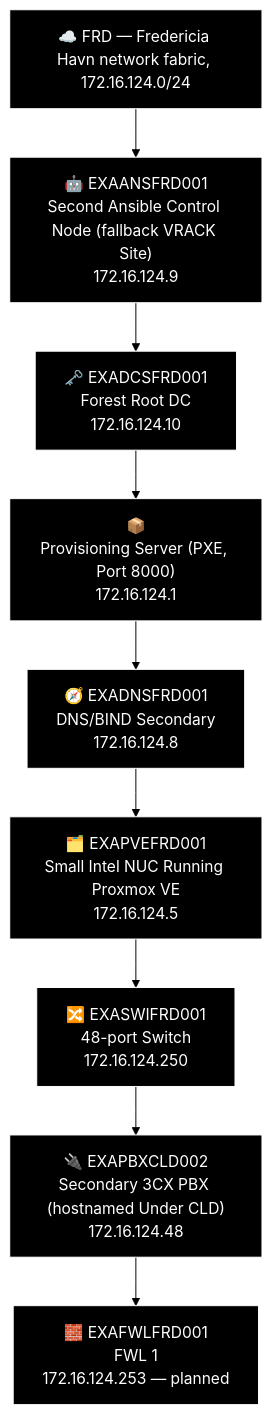
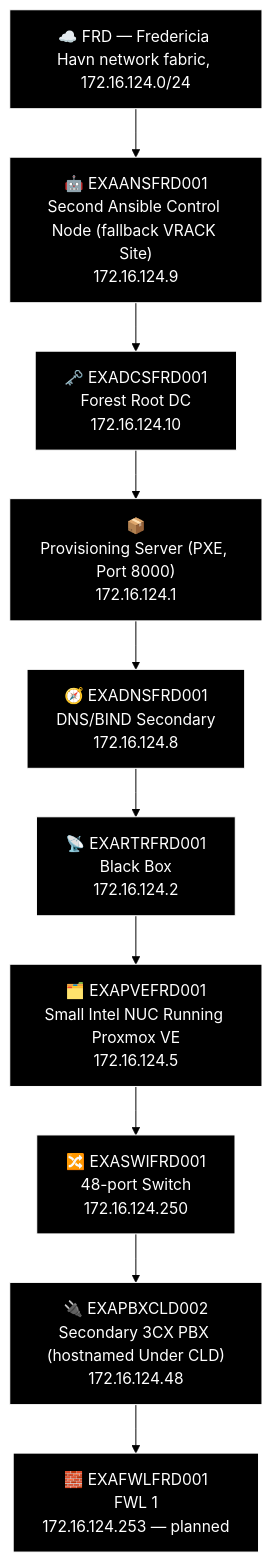
Before and after one commit to knightmare2600/example_music_infra: diagram 21 of 23 in docs/network-diagram/danmark.md, drawn with Mermaid (forest theme). The commit also changed 7 other files, not shown here.

````diff
--- a/docs/network-diagram/danmark.md
+++ b/docs/network-diagram/danmark.md
@@ -1010,25 +1010,27 @@
 ```mermaid
 %% GENERATED:TOPOLOGY:FRD:START
 %%{init: {'flowchart': {'curve': 'stepAfter'}}}%%
 graph TD
     T_FRD["☁️ FRD — Fredericia Havn network fabric, 172.16.124.0/24"]
     T_ANS["🤖 EXAANSFRD001<br/>Second Ansible Control Node (fallback VRACK Site)<br/>172.16.124.9"]
     T_DCS["🗝️ EXADCSFRD001<br/>Forest Root DC<br/>172.16.124.10"]
     T_TMP["📦<br/>Provisioning Server (PXE, Port 8000)<br/>172.16.124.1"]
     T_DNS["🧭 EXADNSFRD001<br/>DNS/BIND Secondary<br/>172.16.124.8"]
+    T_RTR["📡 EXARTRFRD001<br/>Black Box<br/>172.16.124.2"]
     T_PVE["🗂️ EXAPVEFRD001<br/>Small Intel NUC Running Proxmox VE<br/>172.16.124.5"]
     T_SWI["🔀 EXASWIFRD001<br/>48-port Switch<br/>172.16.124.250"]
     T_PBX["🔌 EXAPBXCLD002<br/>Secondary 3CX PBX (hostnamed Under CLD)<br/>172.16.124.48"]
     T_FWL["🧱 EXAFWLFRD001<br/>FWL 1<br/>172.16.124.253 — planned"]
-    T_FRD --> T_ANS --> T_DCS --> T_TMP --> T_DNS --> T_PVE --> T_SWI --> T_PBX --> T_FWL
+    T_FRD --> T_ANS --> T_DCS --> T_TMP --> T_DNS --> T_RTR --> T_PVE --> T_SWI --> T_PBX --> T_FWL
     style T_FRD fill:#000000,stroke:#FFFFFF,color:#FFFFFF
     style T_ANS fill:#000000,stroke:#FFFFFF,color:#FFFFFF
     style T_DCS fill:#000000,stroke:#FFFFFF,color:#FFFFFF
     style T_TMP fill:#000000,stroke:#FFFFFF,color:#FFFFFF
     style T_DNS fill:#000000,stroke:#FFFFFF,color:#FFFFFF
+    style T_RTR fill:#000000,stroke:#FFFFFF,color:#FFFFFF
     style T_PVE fill:#000000,stroke:#FFFFFF,color:#FFFFFF
     style T_SWI fill:#000000,stroke:#FFFFFF,color:#FFFFFF
     style T_PBX fill:#000000,stroke:#FFFFFF,color:#FFFFFF
     style T_FWL fill:#000000,stroke:#FFFFFF,color:#FFFFFF
 %% GENERATED:TOPOLOGY:FRD:END
 ```
````
